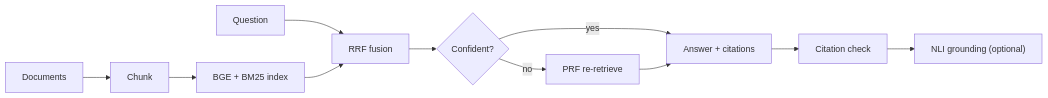
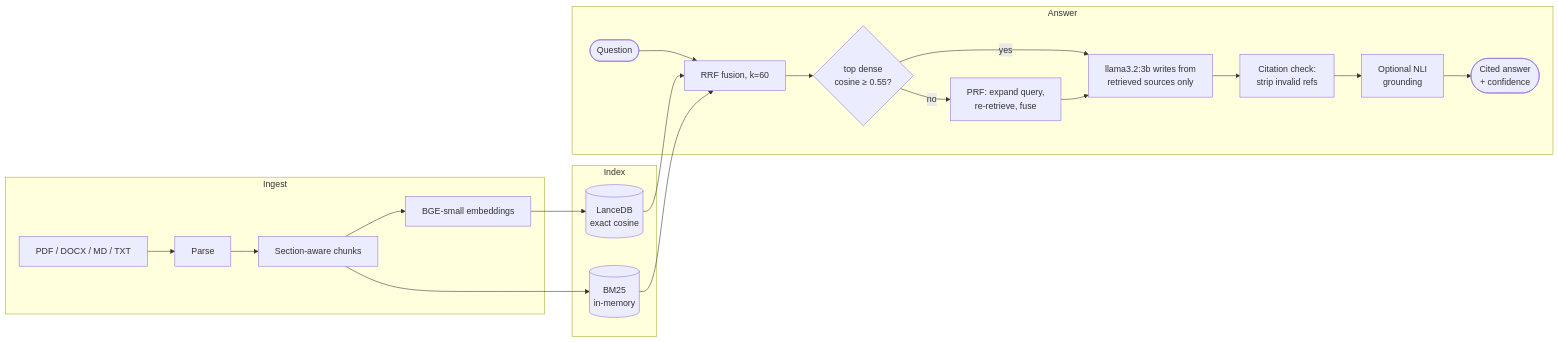
Before and after one commit to urme-b/NexusRAG: the eighth of 8 diagrams in README.md, drawn with Mermaid. The commit also changed other lines of this file, not shown here.

````diff
--- a/README.md
+++ b/README.md
@@ -52,10 +138,21 @@
 ```mermaid
 flowchart LR
-    D[Documents] --> C[Chunk] --> E[BGE + BM25 index]
-    Q[Question] --> R[RRF fusion]
-    E --> R
-    R --> G{Confident?}
-    G -- yes --> S[Answer + citations]
-    G -- no --> P[PRF re-retrieve] --> S
-    S --> CC[Citation check] --> V["NLI grounding (optional)"]
+    subgraph Ingest
+        D["PDF / DOCX / MD / TXT"] --> P[Parse] --> C["Section-aware chunks"] --> E["BGE-small embeddings"]
+    end
+    subgraph Index
+        V[("LanceDB<br/>exact cosine")]
+        B[("BM25<br/>in-memory")]
+    end
+    subgraph Answer
+        Q(["Question"]) --> H["RRF fusion, k=60"]
+        H --> G{"top dense<br/>cosine ≥ 0.55?"}
+        G -- yes --> L["llama3.2:3b writes from<br/>retrieved sources only"]
+        G -- no --> F["PRF: expand query,<br/>re-retrieve, fuse"] --> L
+        L --> CV["Citation check:<br/>strip invalid refs"] --> N["Optional NLI<br/>grounding"] --> A(["Cited answer<br/>+ confidence"])
+    end
+    E --> V
+    C --> B
+    V --> H
+    B --> H
 ```
````
